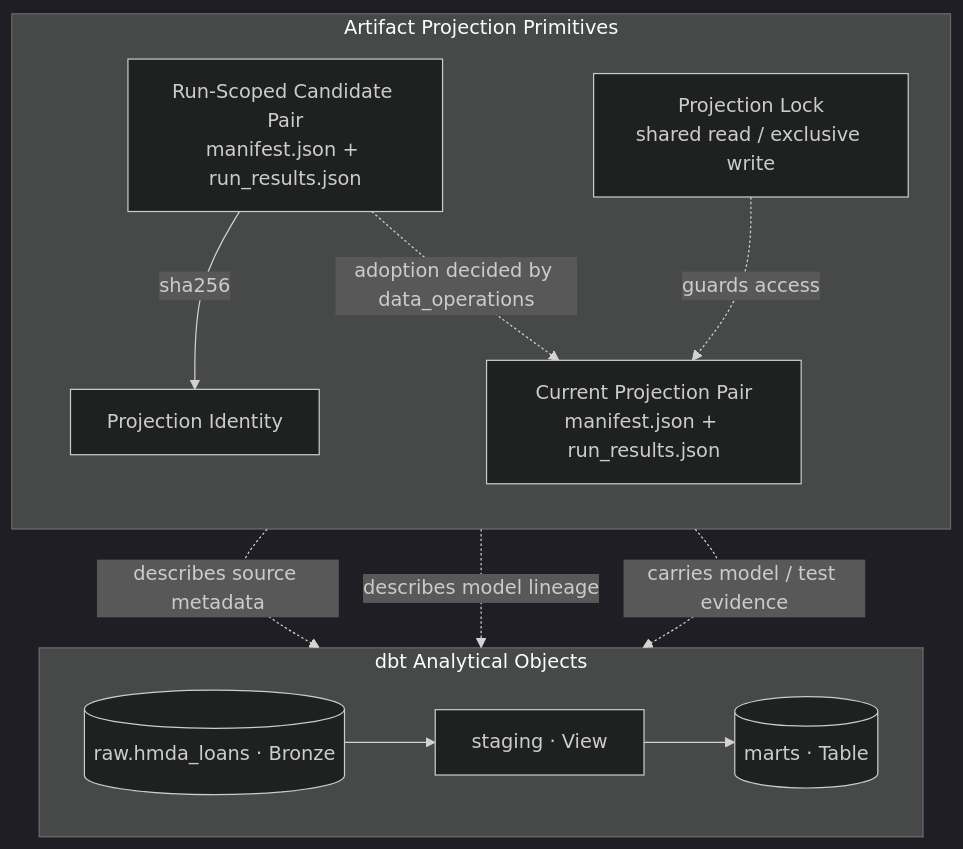
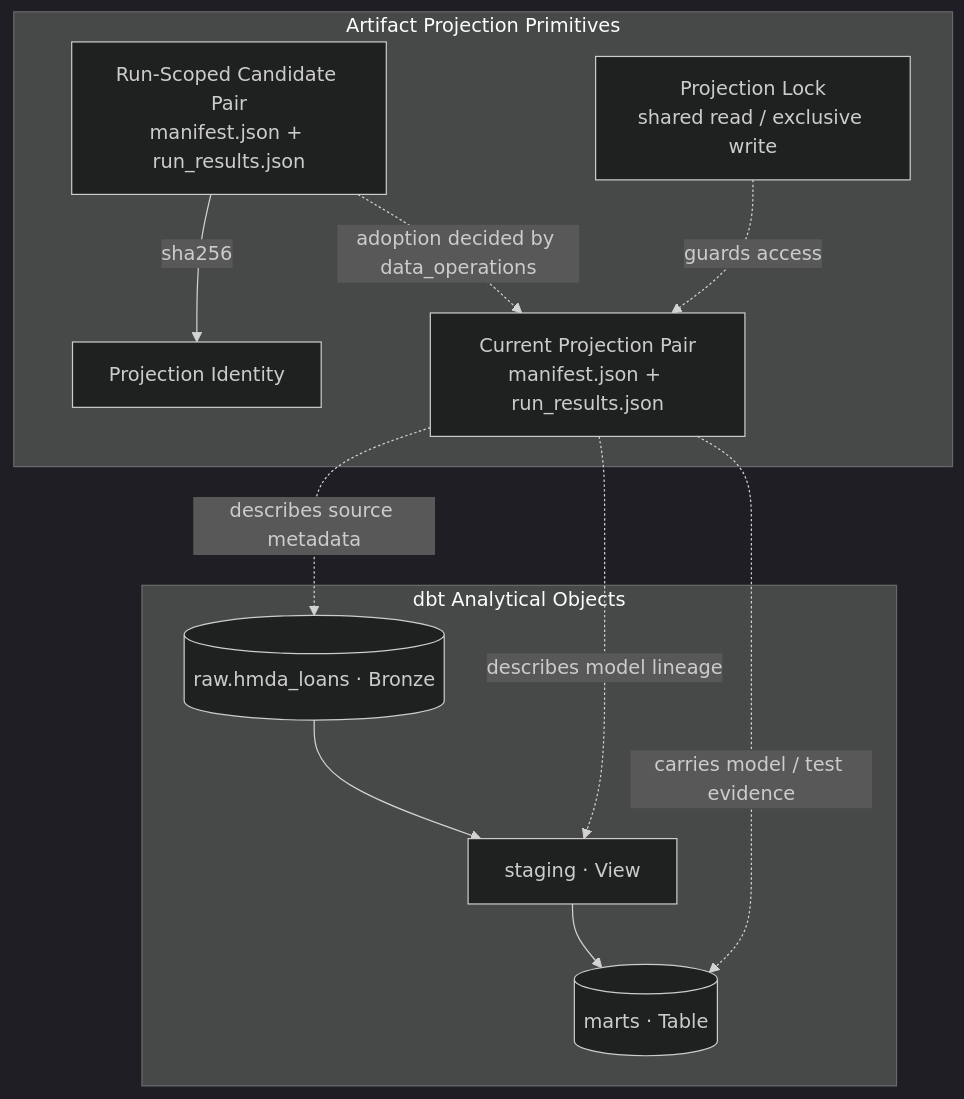
Before and after one commit to mols3131d/hmda-data-reliability: the diagram in docs/domains/data-platform.md, drawn with Mermaid (dark theme).

Commit message:
docs: simplify data platform Mermaid layout

````diff
--- a/docs/domains/data-platform.md
+++ b/docs/domains/data-platform.md
@@ -19,18 +19,16 @@
 ```mermaid
 flowchart TB
     subgraph analytical_state ["dbt Analytical Objects"]
-        direction LR
         bronze[("raw.hmda_loans · Bronze")] --> staging["staging · View"] --> mart[("marts · Table")]
     end
 
     subgraph projection ["Artifact Projection Primitives"]
-        direction TB
         candidate["Run-Scoped Candidate Pair<br/>manifest.json + run_results.json"] -->|sha256| identity["Projection Identity"]
         candidate -.->|adoption decided by data_operations| current["Current Projection Pair<br/>manifest.json + run_results.json"]
         lock["Projection Lock<br/>shared read / exclusive write"] -.->|guards access| current
     end
 
     current -.->|describes source metadata| bronze
     current -.->|describes model lineage| staging
     current -.->|carries model / test evidence| mart
 ```
````
